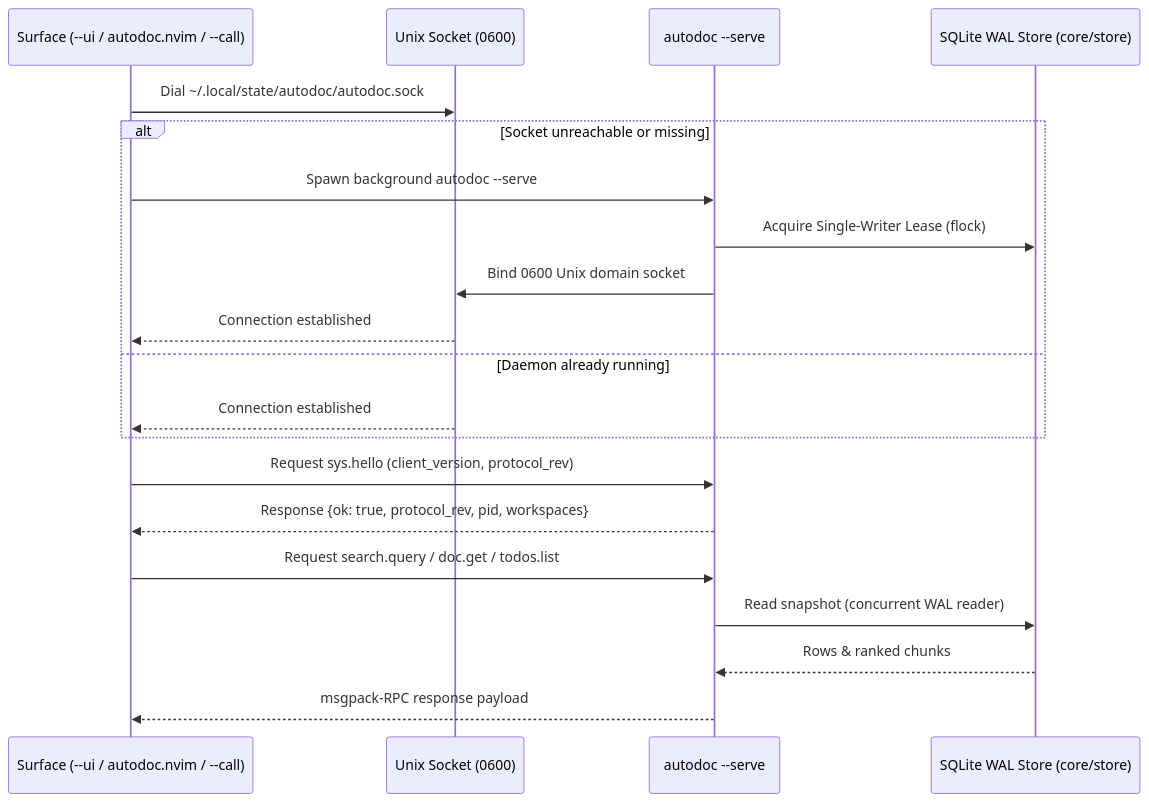
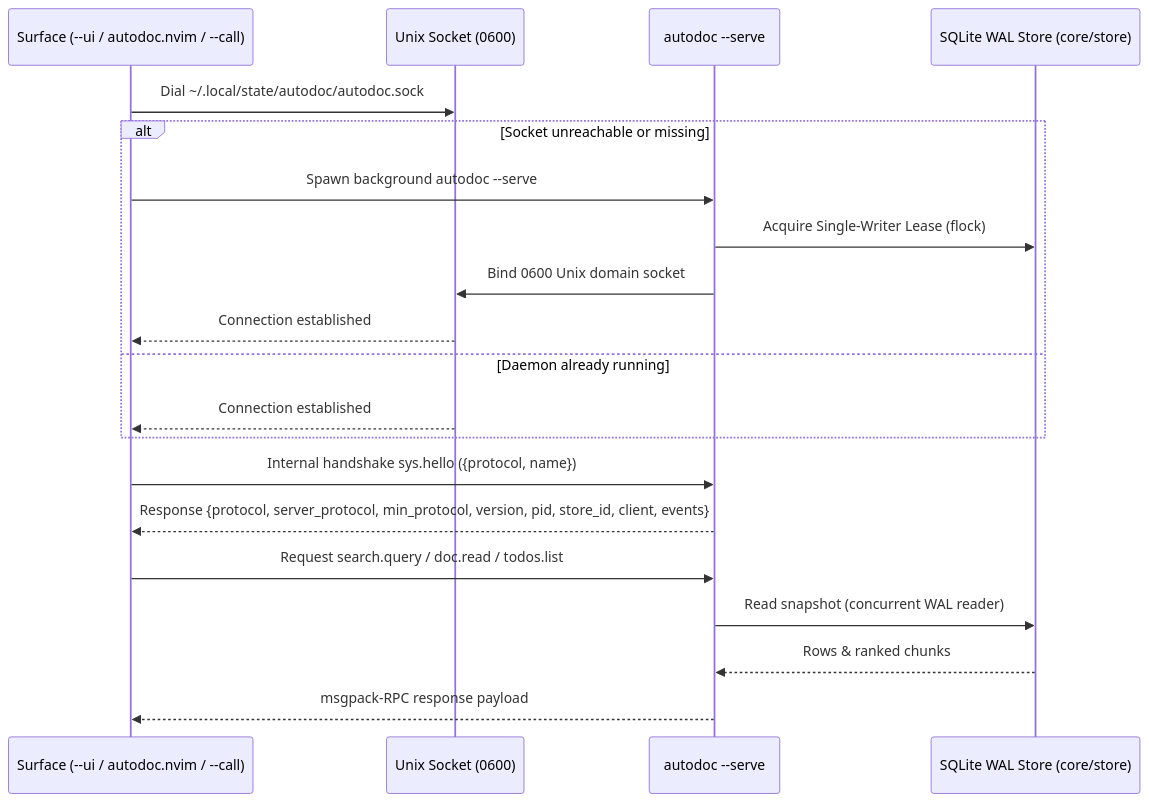
Before and after one commit to yongjohnlee80/autodoc: the diagram in docs/tutorials/01-architecture-and-surfaces/client-rpc-flow.mmd, drawn with Mermaid. The commit also changed 31 other files, not shown here.

```diff
--- a/docs/tutorials/01-architecture-and-surfaces/client-rpc-flow.mmd
+++ b/docs/tutorials/01-architecture-and-surfaces/client-rpc-flow.mmd
@@ -1,21 +1,21 @@
 sequenceDiagram
     participant Client as Surface (--ui / autodoc.nvim / --call)
     participant Socket as Unix Socket (0600)
     participant Daemon as autodoc --serve
     participant Store as SQLite WAL Store (core/store)
 
     Client->>Socket: Dial ~/.local/state/autodoc/autodoc.sock
     alt Socket unreachable or missing
         Client->>Daemon: Spawn background autodoc --serve
         Daemon->>Store: Acquire Single-Writer Lease (flock)
         Daemon->>Socket: Bind 0600 Unix domain socket
         Socket-->>Client: Connection established
     else Daemon already running
         Socket-->>Client: Connection established
     end
-    Client->>Daemon: Request sys.hello (client_version, protocol_rev)
-    Daemon-->>Client: Response {ok: true, protocol_rev, pid, workspaces}
-    Client->>Daemon: Request search.query / doc.get / todos.list
+    Client->>Daemon: Internal handshake sys.hello ({protocol, name})
+    Daemon-->>Client: Response {protocol, server_protocol, min_protocol, version, pid, store_id, client, events}
+    Client->>Daemon: Request search.query / doc.read / todos.list
     Daemon->>Store: Read snapshot (concurrent WAL reader)
     Store-->>Daemon: Rows & ranked chunks
     Daemon-->>Client: msgpack-RPC response payload
```
